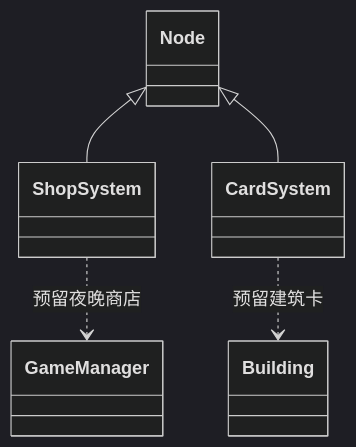
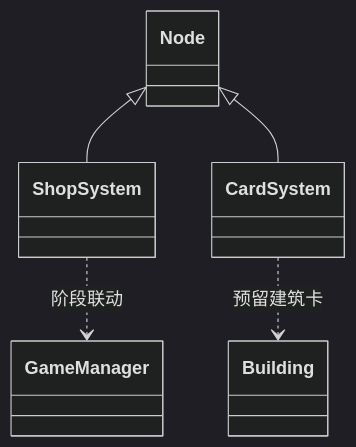
The eighth of 8 diagrams in devPlan/codeStructure.md (xiaomaitai/CasualCastle), drawn with Mermaid (dark theme) before and after one commit. The commit also changed other lines of this file and 10 other files, not shown here.

````diff
--- a/devPlan/codeStructure.md
+++ b/devPlan/codeStructure.md
@@ -392,13 +392,13 @@
 ```mermaid
 classDiagram
     class Node
     class ShopSystem
     class CardSystem
     class GameManager
     class Building
 
     Node <|-- ShopSystem
     Node <|-- CardSystem
-    ShopSystem ..> GameManager : 预留夜晚商店
+    ShopSystem ..> GameManager : 阶段联动
     CardSystem ..> Building : 预留建筑卡
 ```
````
